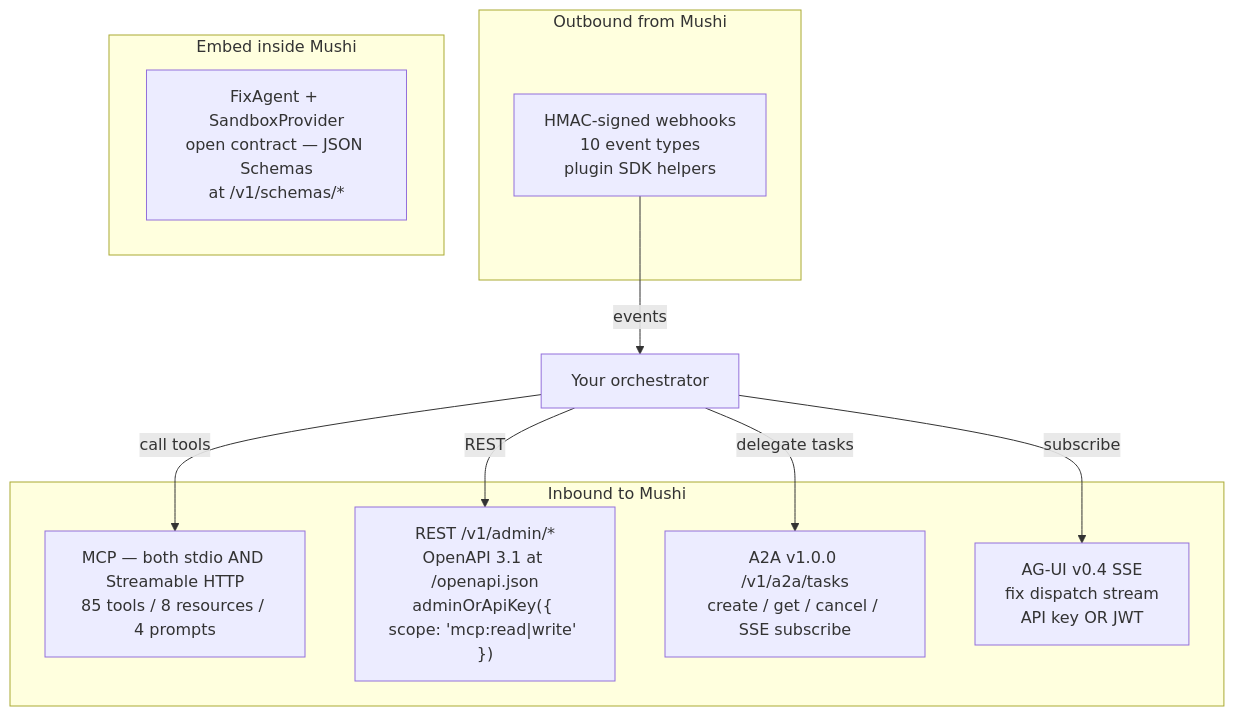
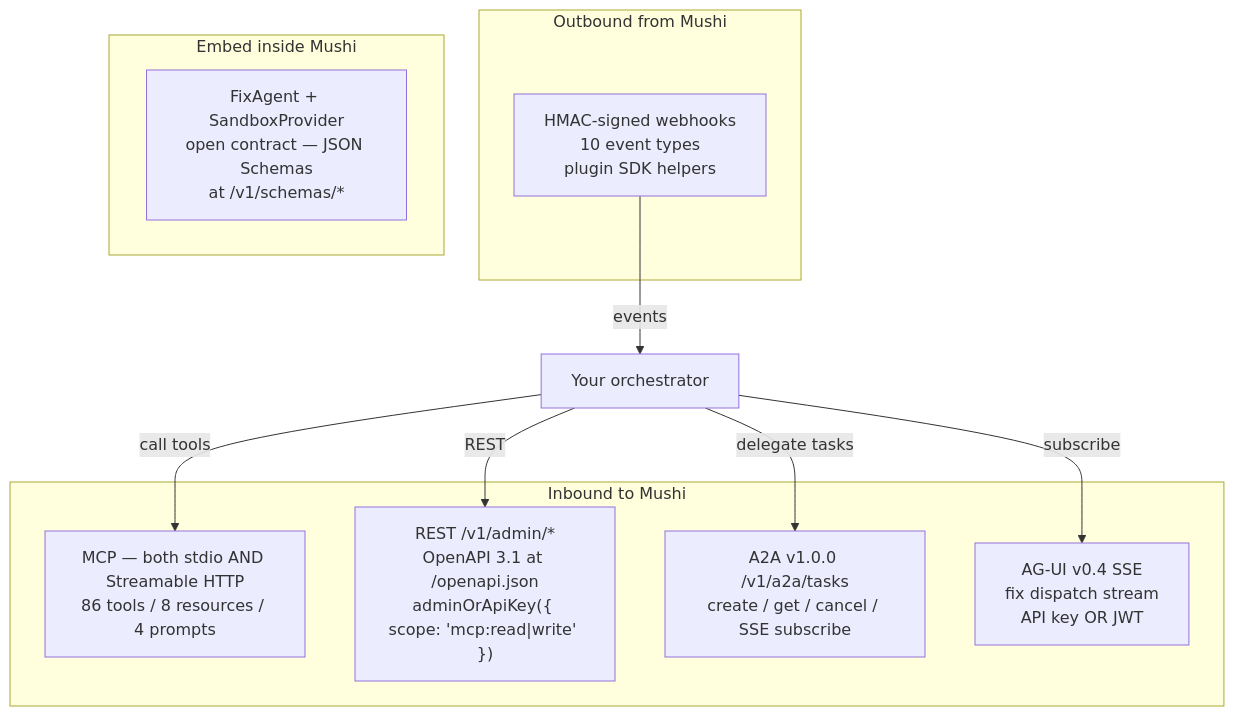
The diagram in apps/docs/content/concepts/orchestrator-interop.mdx (kensaurus/mushi-mushi), drawn with Mermaid before and after one commit. The commit also changed other lines of this file and 83 other files, not shown here.

````diff
--- a/apps/docs/content/concepts/orchestrator-interop.mdx
+++ b/apps/docs/content/concepts/orchestrator-interop.mdx
@@ -32,20 +32,20 @@
 ```mermaid
 flowchart TB
   subgraph Inbound["Inbound to Mushi"]
-    MCP["MCP — both stdio AND Streamable HTTP<br/>85 tools / 8 resources / 4 prompts"]
+    MCP["MCP — both stdio AND Streamable HTTP<br/>86 tools / 8 resources / 4 prompts"]
     REST["REST /v1/admin/*<br/>OpenAPI 3.1 at /openapi.json<br/>adminOrApiKey({ scope: 'mcp:read|write' })"]
     A2A["A2A v1.0.0 /v1/a2a/tasks<br/>create / get / cancel / SSE subscribe"]
     AGUI["AG-UI v0.4 SSE<br/>fix dispatch stream<br/>API key OR JWT"]
   end
   subgraph Outbound["Outbound from Mushi"]
     Hooks["HMAC-signed webhooks<br/>10 event types<br/>plugin SDK helpers"]
   end
   subgraph Native["Embed inside Mushi"]
     FA["FixAgent + SandboxProvider<br/>open contract — JSON Schemas<br/>at /v1/schemas/*"]
   end
   Orch["Your orchestrator"] -->|"call tools"| MCP
   Orch -->|"REST"| REST
   Orch -->|"delegate tasks"| A2A
   Orch -->|"subscribe"| AGUI
   Hooks -->|"events"| Orch
 ```
````
